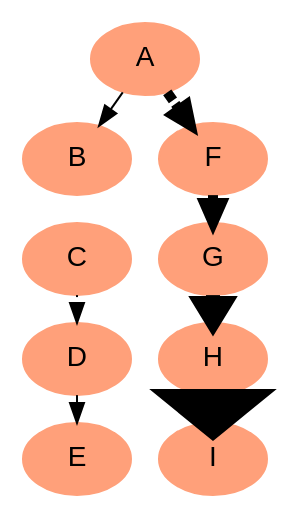
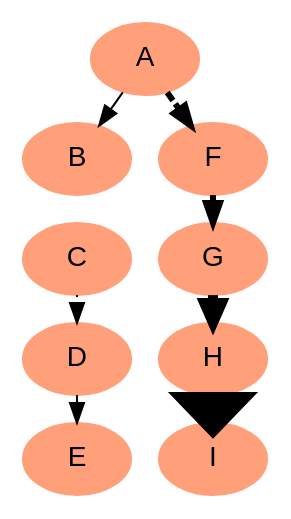
One commit to gitpan/Graph-Easy changed the diagram in t/in/dot/9_edge_styles.dot. Above: the diagram before and after it, drawn with Graphviz. The commit also changed 95 other files, not shown here.

First line of the commit message:
Import of TELS/Graph-Easy-0.55 from CPAN.

```diff
--- a/t/in/dot/9_edge_styles.dot
+++ b/t/in/dot/9_edge_styles.dot
@@ -1,24 +1,24 @@
-# dot -Tpng 8_edge_styles.dot -o 8_edge_styles.png
+# dot -Tpng 9_edge_styles.dot -o 9_edge_styles.png
 // various edge styles and misc. attributes
 digraph G {
   node [style=filled, color=lightsalmon, fontsize=14, fontname="Helvetica"];
-  edge [style="setlinewidth(5)"];
+  edge [style="setlinewidth(3)"];
   margin="0";
   ratio=auto;
   nodesep=0.2;
   ranksep=0.2;
   clusterrank=local;
 
   A -> B [ style=solid ]
   B -> C [ style=invis ]
   C -> D [ style=dotted ]
   D -> E [ style=dashed ]
   // bold-dash
-  A -> F [ style="setlinewidth(5), dashed" ]
-  // setlinewidth(5) => bold
-  F -> G [ style="setlinewidth(5)" ]
-  // setlinewidth(7) => broad
-  G -> H [ style="setlinewidth(7)" ]
-  // setlinewidth(14) => wide
-  H -> I [ style="setlinewidth(14)" ]
+  A -> F [ style="setlinewidth(3), dashed" ]
+  // setlinewidth(3) => bold
+  F -> G [ style="setlinewidth(3)" ]
+  // setlinewidth(5) => broad
+  G -> H [ style="setlinewidth(5)" ]
+  // setlinewidth(11) => wide
+  H -> I [ style="setlinewidth(11)" ]
 }
```
